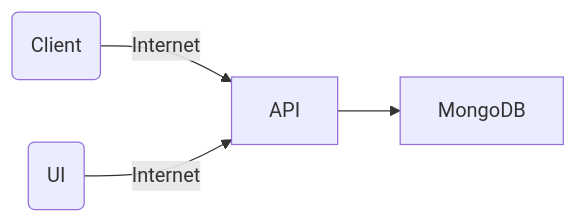
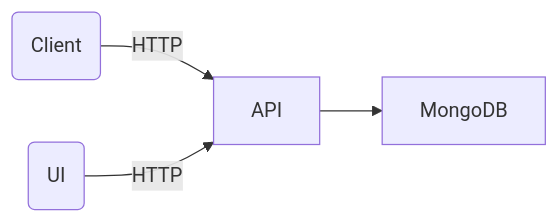
One commit to canyanio/rating-integration changed the second of 2 diagrams in docs/getting-started.md. Above: the diagram before and after it, drawn with Mermaid. The commit also changed other lines of this file and 8 other files, not shown here.

```diff
--- a/docs/getting-started.md
+++ b/docs/getting-started.md
@@ -50,6 +50,6 @@
 <div class="mermaid">
 graph LR
-    C(Client) -->|Internet| API
-    UI(UI) -->|Internet| API
+    C(Client) -->|HTTP| API
+    UI(UI) -->|HTTP| API
     API --> MDB[MongoDB]
 </div>
```
